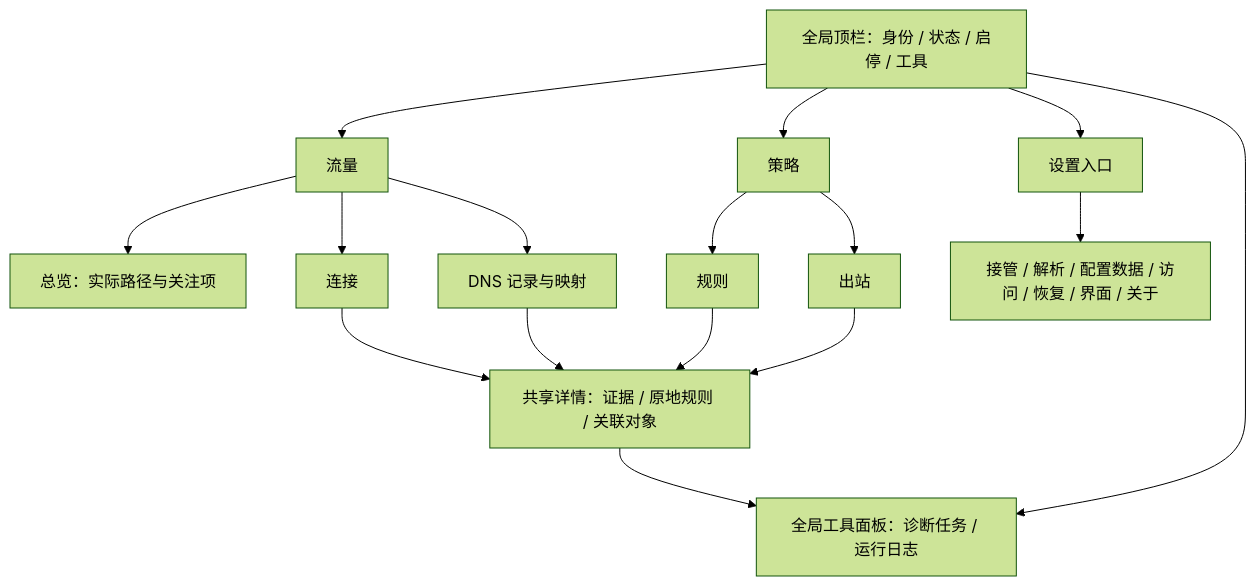
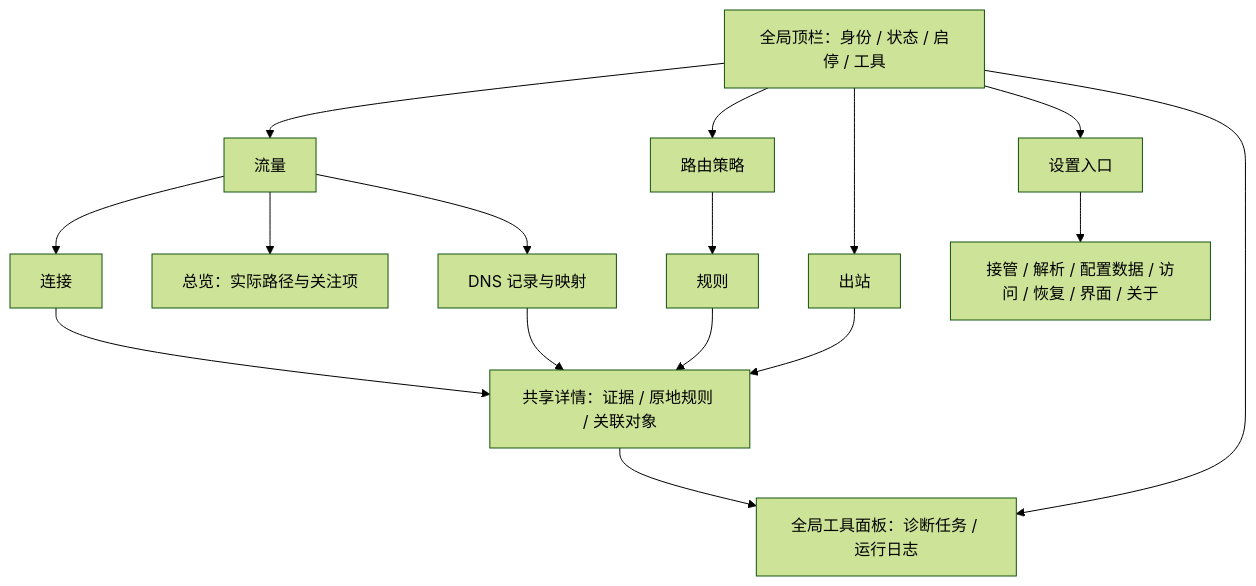
One commit to xjdrew/kone changed the first of 2 diagrams in docs/design-system/kone/MASTER.md. Above: the diagram before and after it, drawn with Mermaid (forest theme). The commit also changed other lines of this file and 59 other files, not shown here.

````diff
--- a/docs/design-system/kone/MASTER.md
+++ b/docs/design-system/kone/MASTER.md
@@ -57,18 +57,18 @@
 ```mermaid
 flowchart TB
   A[全局顶栏：身份 / 状态 / 启停 / 工具] --> F[流量]
-  A --> P[策略]
+  A --> P[路由策略]
+  A --> PO[出站]
   A --> S[设置入口]
   F --> FO[总览：实际路径与关注项]
   F --> FC[连接]
   F --> FD[DNS 记录与映射]
   P --> PR[规则]
-  P --> PO[出站]
   S --> SC[接管 / 解析 / 配置数据 / 访问 / 恢复 / 界面 / 关于]
   FC --> I[共享详情：证据 / 原地规则 / 关联对象]
   FD --> I
   PR --> I
   PO --> I
   I --> T[全局工具面板：诊断任务 / 运行日志]
   A --> T
 ```
````
